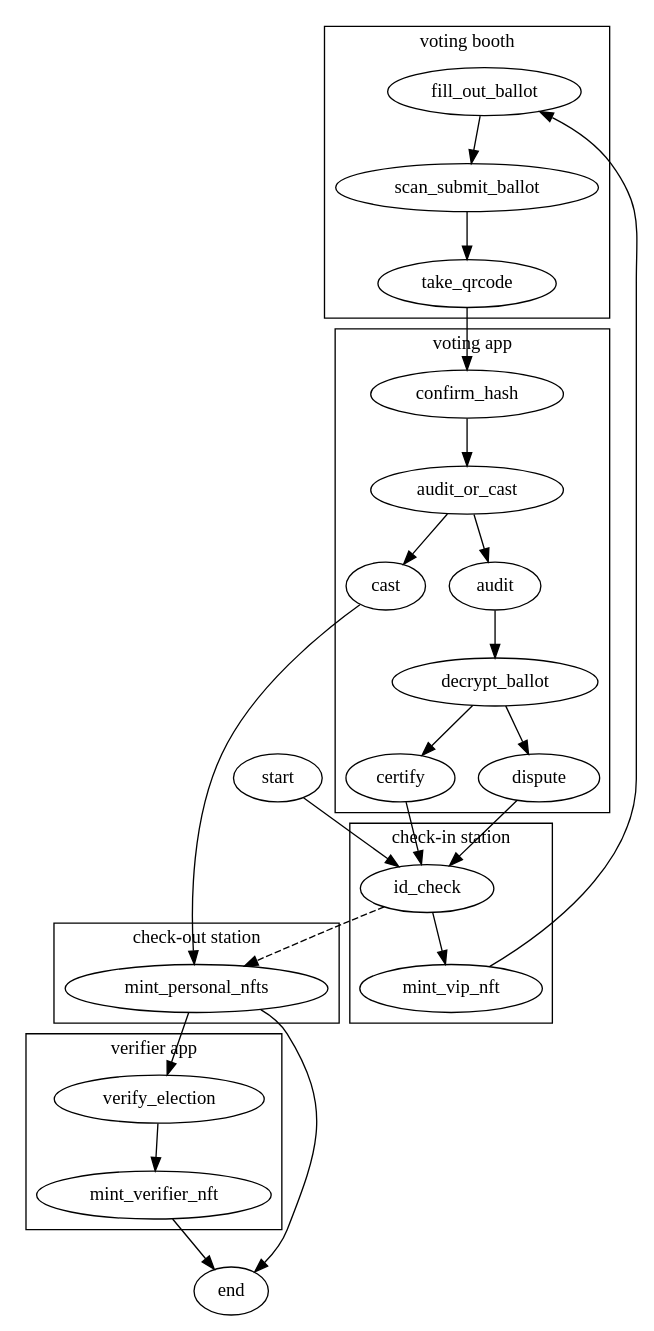
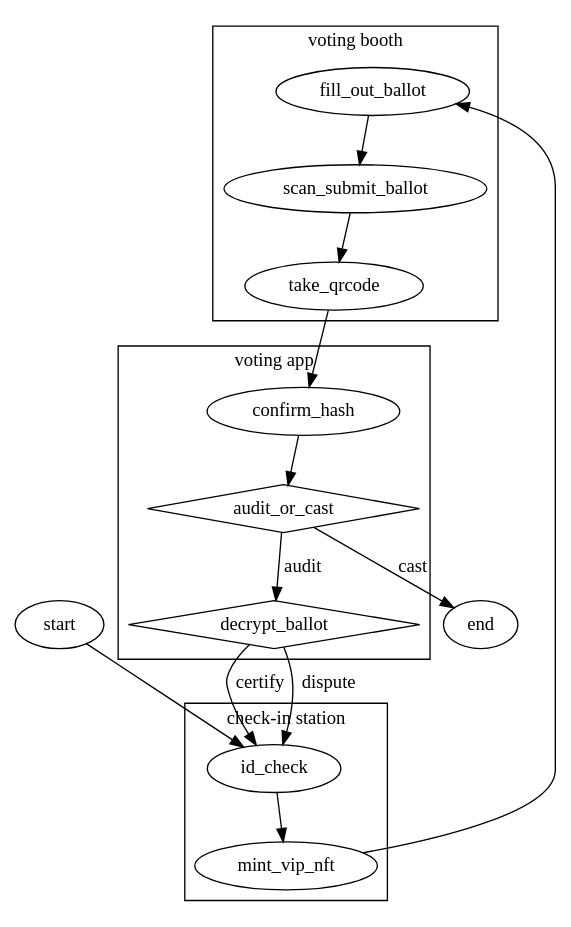
Before and after one commit to jefdaj/cryptoisland: the diagram in src/posts/2024/10/15/mechanics-of-the-benaloh-challenge/proposed-workflow.dot, drawn with Graphviz. The commit also changed 3 other files, not shown here.

```diff
--- a/src/posts/2024/10/15/mechanics-of-the-benaloh-challenge/proposed-workflow.dot
+++ b/src/posts/2024/10/15/mechanics-of-the-benaloh-challenge/proposed-workflow.dot
@@ -1,37 +1,42 @@
 digraph proposed_workflow {
   start -> id_check
+  subgraph cluster_checkin {
+    label="check-in station"
+    id_check -> mint_vip_nft
+  }
   subgraph cluster_votingbooth {
     label="voting booth"
     fill_out_ballot -> scan_submit_ballot -> take_qrcode
   }
   subgraph cluster_phone {
     label="voting app"
     take_qrcode -> confirm_hash
-    audit_or_cast -> {cast,audit}
+    audit_or_cast [shape=diamond]
+    decrypt_ballot [shape=diamond]
     confirm_hash -> audit_or_cast
-    audit -> decrypt_ballot -> {certify,dispute}
   }
-   subgraph cluster_checkout {
-    label="check-out station"
-    mint_personal_nfts
-  }
-  subgraph cluster_checkin {
-    label="check-in station"
-    id_check -> mint_vip_nft
-  }
- // subgraph cluster_dispute {
+  // TODO separate post
+  // subgraph cluster_checkout {
+  //   label="check-out station"
+  //   mint_personal_nfts
+  // }
+  // subgraph cluster_dispute {
   //   label="arbitration"
   //   dispute -> open_ballot_box -> id_check
   // }
-  subgraph cluster_verify {
-    label="verifier app"
-    verify_election -> mint_verifier_nft
-  }
+  // TODO separate post
+  // subgraph cluster_verify {
+  //   label="verifier app"
+  //   verify_tally -> mint_verifier_nft
+  // }
   mint_vip_nft -> fill_out_ballot
-  cast -> mint_personal_nfts
-  {certify,dispute} -> id_check
-  id_check -> mint_personal_nfts [style="dashed"] // leave without voting
-  mint_personal_nfts -> verify_election
-  mint_personal_nfts -> end
-  mint_verifier_nft -> end
+  // audit_or_cast -> mint_personal_nfts [label="cast"]
+  audit_or_cast -> end [label="cast"]
+  audit_or_cast -> decrypt_ballot [label="audit"]
+  decrypt_ballot -> id_check [label="certify"]
+  decrypt_ballot -> id_check [label="dispute"]
+  // id_check -> mint_personal_nfts [style="dashed"] // leave without voting
+  // mint_personal_nfts -> verify_tally
+  // mint_personal_nfts -> end
+  // mint_verifier_nft -> end
 }
```
